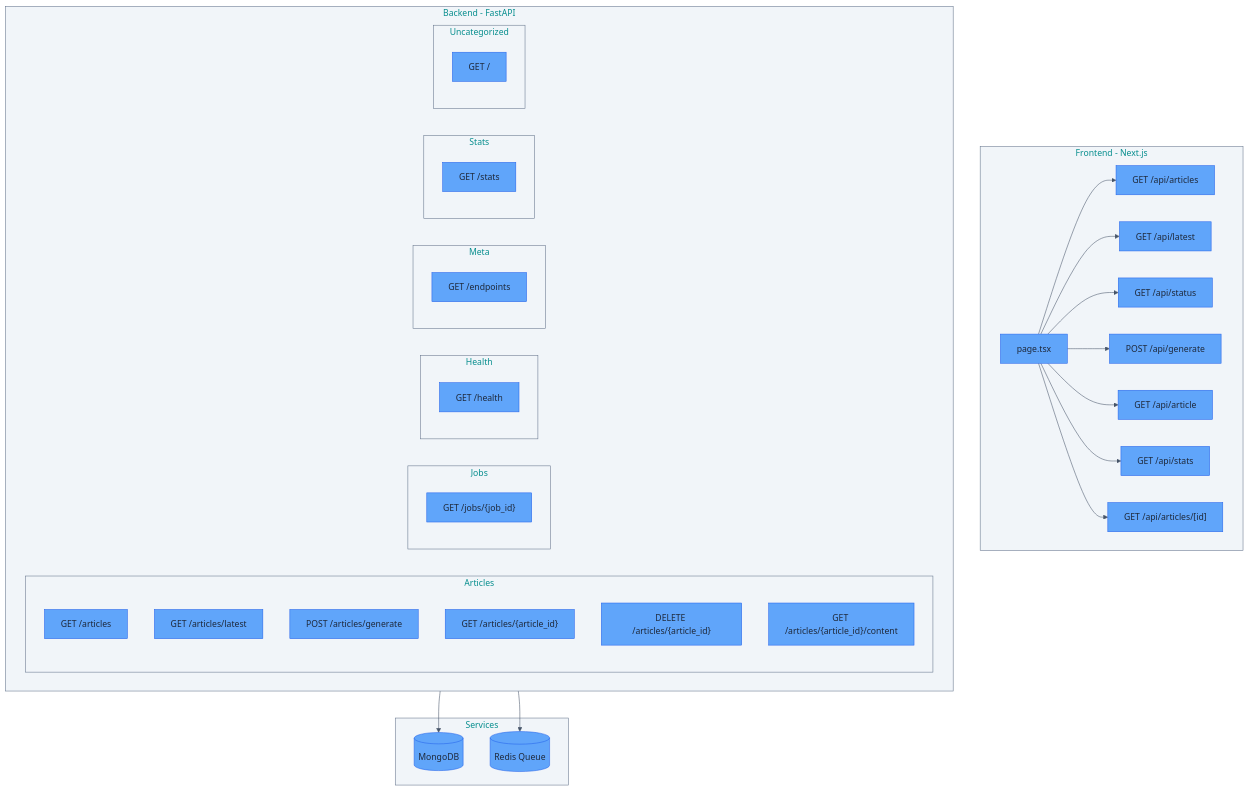
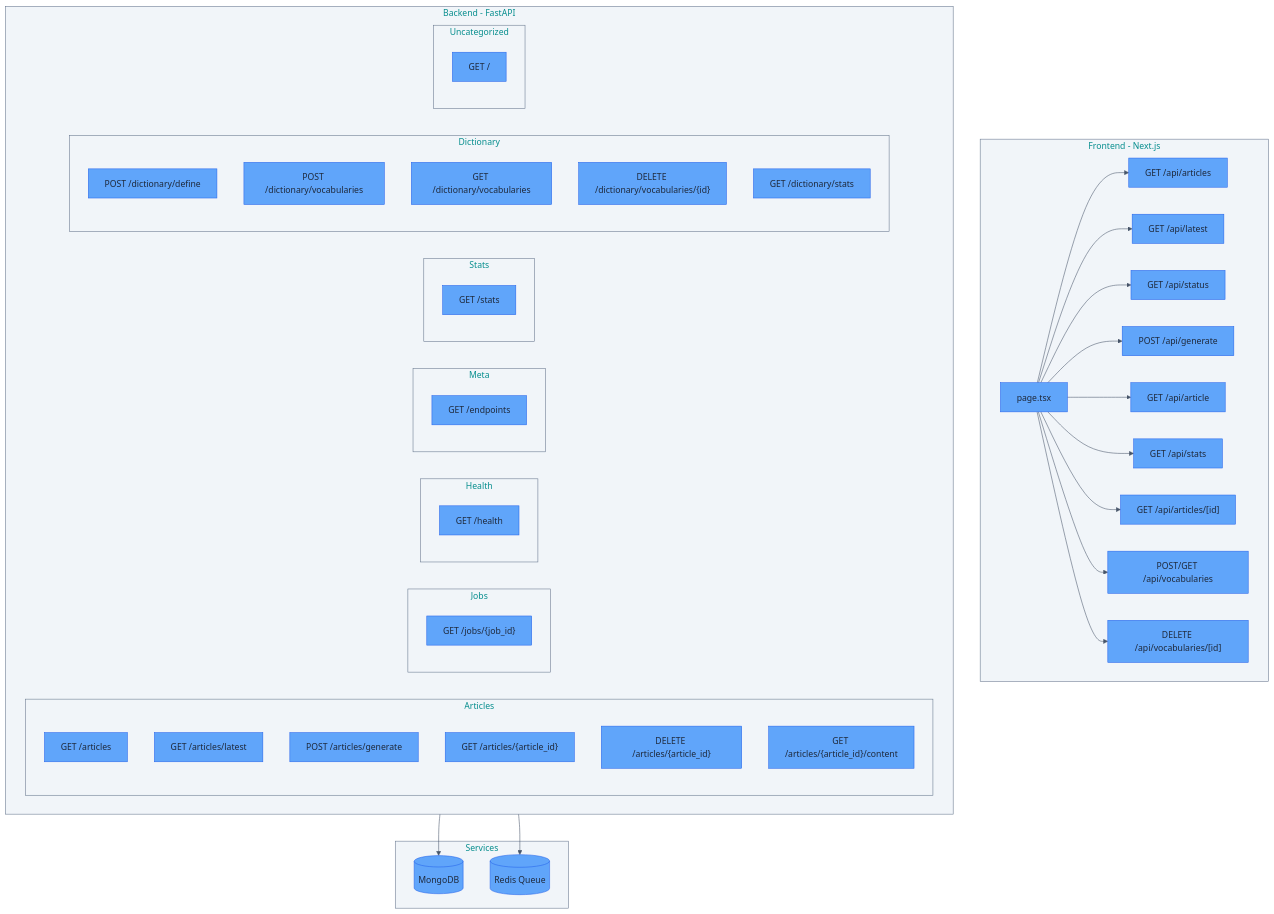
One commit to seung-gu/opad changed the first of 3 diagrams in REFERENCE.md. Above: the diagram before and after it, drawn with Mermaid. The commit also changed other lines of this file and 3 other files, not shown here.

````diff
--- a/REFERENCE.md
+++ b/REFERENCE.md
@@ -11,54 +11,65 @@
 ```mermaid
 %%{init: {'theme':'base', 'themeVariables': {'primaryColor':'#60a5fa','primaryTextColor':'#1e293b','primaryBorderColor':'#2563eb','lineColor':'#475569','secondaryColor':'#4ade80','tertiaryColor':'#f87171','clusterBkg':'#f1f5f9','clusterBorder':'#64748b'}}}%%
 graph TB
     subgraph Frontend["Frontend - Next.js"]
         FE["page.tsx"]
         API__api_articles["GET /api/articles"]
         FE --> API__api_articles
         API__api_latest["GET /api/latest"]
         FE --> API__api_latest
         API__api_status["GET /api/status"]
         FE --> API__api_status
         API__api_generate["POST /api/generate"]
         FE --> API__api_generate
         API__api_article["GET /api/article"]
         FE --> API__api_article
         API__api_stats["GET /api/stats"]
         FE --> API__api_stats
         API__api_articles_id["GET /api/articles/[id]"]
         FE --> API__api_articles_id
+        API__api_vocabularies["POST/GET /api/vocabularies"]
+        FE --> API__api_vocabularies
+        API__api_vocabularies_id["DELETE /api/vocabularies/[id]"]
+        FE --> API__api_vocabularies_id
     end
 
     subgraph Backend["Backend - FastAPI"]
         subgraph Articles["Articles"]
             FastAPI__articles["GET /articles"]
             FastAPI__articles_latest["GET /articles/latest"]
             FastAPI__articles_generate["POST /articles/generate"]
             FastAPI__articles_get["GET /articles/{article_id}"]
             FastAPI__articles_delete["DELETE /articles/{article_id}"]
             FastAPI__articles_content["GET /articles/{article_id}/content"]
         end
         subgraph Jobs["Jobs"]
             FastAPI__jobs_job_id["GET /jobs/{job_id}"]
         end
         subgraph Health["Health"]
             FastAPI__health["GET /health"]
         end
         subgraph Meta["Meta"]
             FastAPI__endpoints["GET /endpoints"]
         end
         subgraph Stats["Stats"]
             FastAPI__stats["GET /stats"]
         end
+        subgraph Dictionary["Dictionary"]
+            FastAPI__dictionary_define["POST /dictionary/define"]
+            FastAPI__dictionary_vocab_post["POST /dictionary/vocabularies"]
+            FastAPI__dictionary_vocab_get["GET /dictionary/vocabularies"]
+            FastAPI__dictionary_vocab_delete["DELETE /dictionary/vocabularies/{id}"]
+            FastAPI__dictionary_stats["GET /dictionary/stats"]
+        end
         subgraph Uncategorized["Uncategorized"]
             FastAPI__root["GET /"]
         end
     end
 
     subgraph Services["Services"]
         MongoDB[("MongoDB")]
         Redis[("Redis Queue")]
     end
     Backend --> MongoDB
     Backend --> Redis
 ```
````
